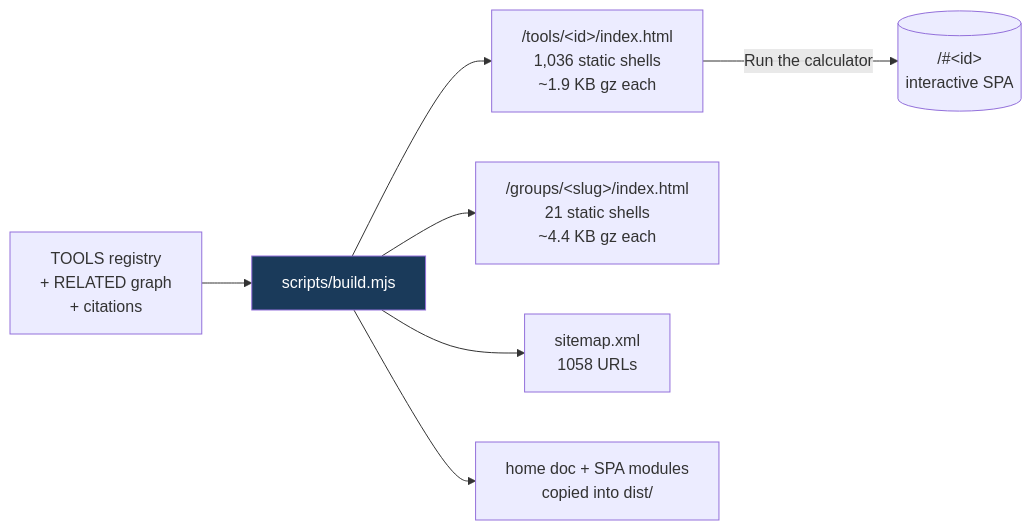
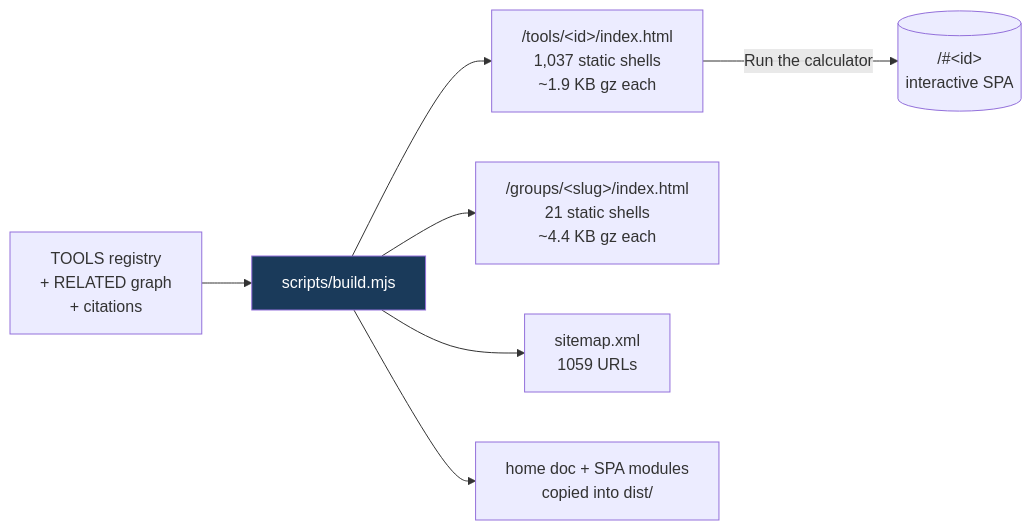
One commit to clay-good/roughlogic.com changed the fifth of 8 diagrams in README.md. Above: the diagram before and after it, drawn with Mermaid. The commit also changed other lines of this file and 12 other files, not shown here.

````diff
--- a/README.md
+++ b/README.md
@@ -495,10 +495,10 @@
 ```mermaid
 flowchart LR
     SRC[TOOLS registry\n+ RELATED graph\n+ citations] --> BUILD[scripts/build.mjs]
-    BUILD --> TILE["/tools/&lt;id&gt;/index.html\n1,036 static shells\n~1.9 KB gz each"]
+    BUILD --> TILE["/tools/&lt;id&gt;/index.html\n1,037 static shells\n~1.9 KB gz each"]
     BUILD --> GROUP["/groups/&lt;slug&gt;/index.html\n21 static shells\n~4.4 KB gz each"]
-    BUILD --> MAP["sitemap.xml\n1058 URLs"]
+    BUILD --> MAP["sitemap.xml\n1059 URLs"]
     BUILD --> COPY[home doc + SPA modules\ncopied into dist/]
     TILE -->|Run the calculator| SPA[("/#&lt;id&gt;\ninteractive SPA")]
     style BUILD fill:#1a3a5a,color:#fff
 ```
````
